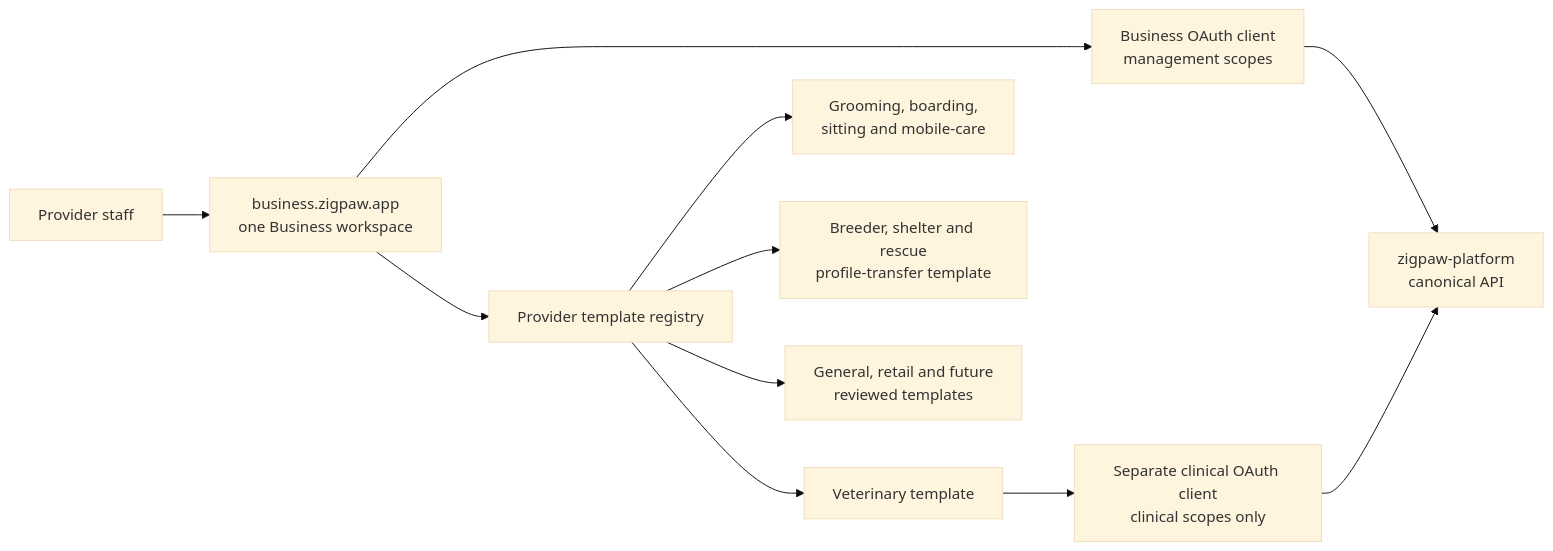
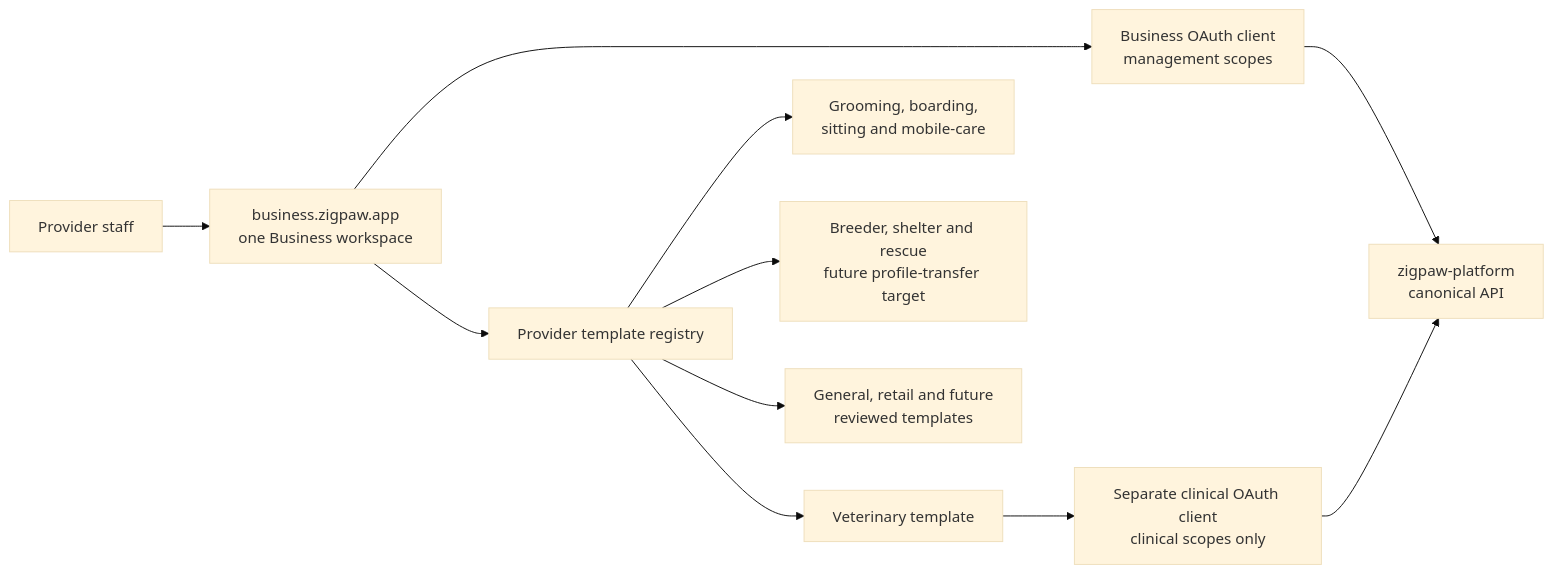
The first of 4 diagrams in README.md (boreanis/zigpaw-business), drawn with Mermaid (base theme) before and after one commit. The commit also changed other lines of this file and 24 other files, not shown here.

````diff
--- a/README.md
+++ b/README.md
@@ -29,13 +29,13 @@
 ```mermaid
 flowchart LR
     User["Provider staff"] --> Workspace["business.zigpaw.app<br/>one Business workspace"]
     Workspace --> Registry["Provider template registry"]
     Registry --> Vet["Veterinary template"]
     Registry --> Care["Grooming, boarding,<br/>sitting and mobile-care"]
-    Registry --> Transfer["Breeder, shelter and rescue<br/>profile-transfer template"]
+    Registry --> Transfer["Breeder, shelter and rescue<br/>future profile-transfer target"]
     Registry --> General["General, retail and future<br/>reviewed templates"]
     Workspace --> Management["Business OAuth client<br/>management scopes"]
     Vet --> Clinical["Separate clinical OAuth client<br/>clinical scopes only"]
     Management --> API["zigpaw-platform<br/>canonical API"]
     Clinical --> API
 ```
````
